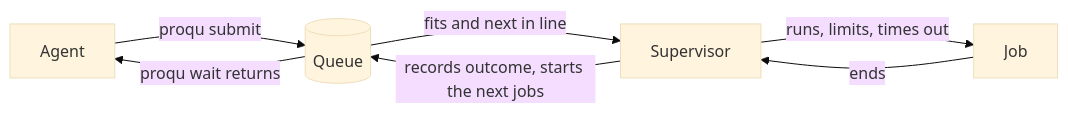
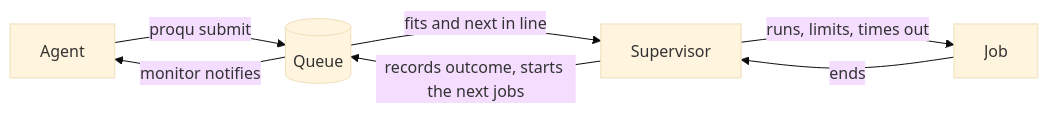
One commit to spuddydev/proqu changed the diagram in README.md. Above: the diagram before and after it, drawn with Mermaid (base theme). The commit also changed other lines of this file and 11 other files, not shown here.

````diff
--- a/README.md
+++ b/README.md
@@ -114,9 +117,9 @@
 ```mermaid
 flowchart LR
     A[Agent] -- "proqu submit" --> Q[(Queue)]
     Q -- "fits and next in line" --> S[Supervisor]
     S -- "runs, limits, times out" --> J[Job]
     J -- "ends" --> S
     S -- "records outcome, starts the next jobs" --> Q
-    Q -- "proqu wait returns" --> A
+    Q -- "monitor notifies" --> A
 ```
````
